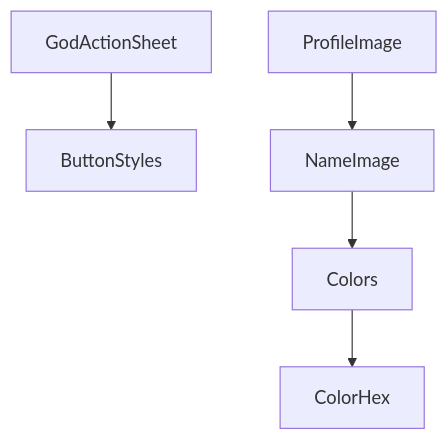
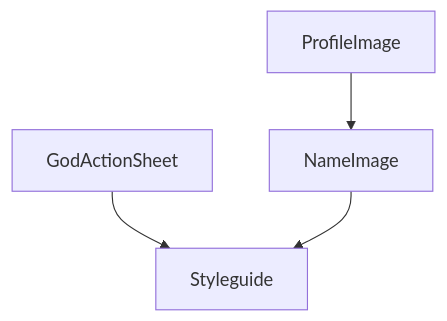
The diagram in Packages/UIComponentPackage/README.md (0x1-company/god-ios), drawn with Mermaid before and after one commit. The commit also changed 1 other file, not shown here.

Commit message:
chore: 🤖 dgraph

````diff
--- a/Packages/UIComponentPackage/README.md
+++ b/Packages/UIComponentPackage/README.md
@@ -6,7 +6,6 @@
 ```mermaid
 graph TD;
-    Colors-->ColorHex;
-    GodActionSheet-->ButtonStyles;
-    NameImage-->Colors;
+    GodActionSheet-->Styleguide;
+    NameImage-->Styleguide;
     ProfileImage-->NameImage;
 ```
````
